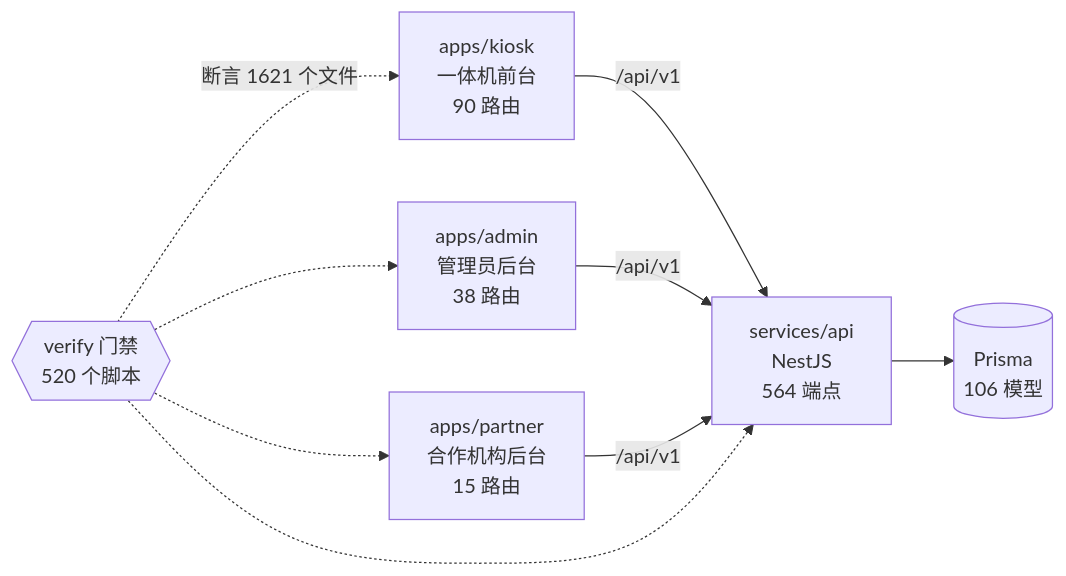
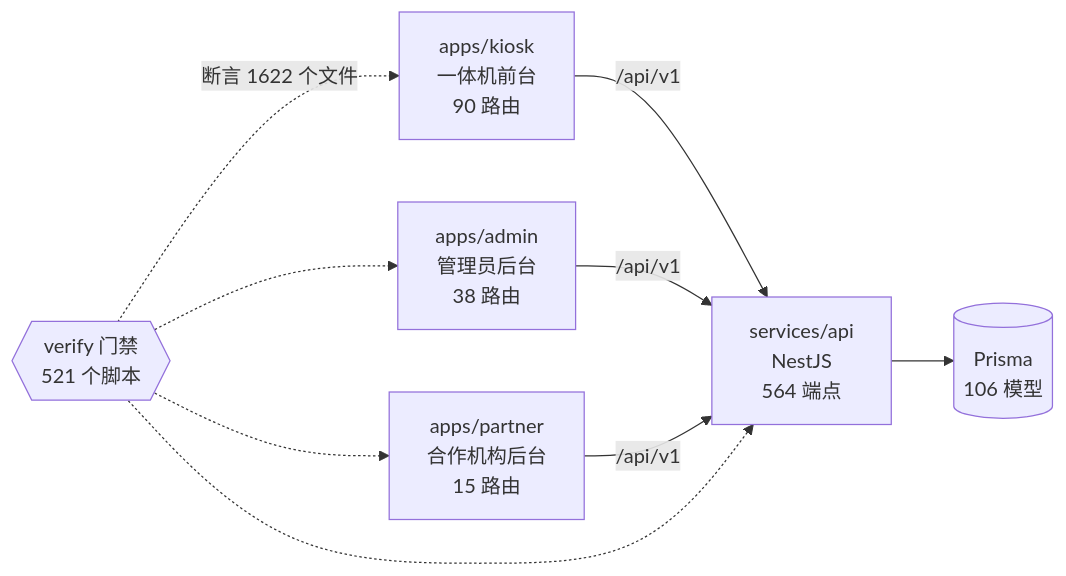
The diagram in docs/graph/README.md (wanglei581/YITIJI), drawn with Mermaid before and after one commit. The commit also changed other lines of this file and 3 other files, not shown here.

Commit message:
chore(graph): regenerate after console copy fixes

````diff
--- a/docs/graph/README.md
+++ b/docs/graph/README.md
@@ -68,18 +68,18 @@
 ```mermaid
 flowchart LR
   kiosk["apps/kiosk<br/>一体机前台<br/>90 路由"]
   admin["apps/admin<br/>管理员后台<br/>38 路由"]
   partner["apps/partner<br/>合作机构后台<br/>15 路由"]
   api["services/api<br/>NestJS<br/>564 端点"]
   db[("Prisma<br/>106 模型")]
-  gates{{"verify 门禁<br/>520 个脚本"}}
+  gates{{"verify 门禁<br/>521 个脚本"}}
 
   kiosk -->|"/api/v1"| api
   admin -->|"/api/v1"| api
   partner -->|"/api/v1"| api
   api --> db
-  gates -.->|"断言 1621 个文件"| kiosk
+  gates -.->|"断言 1622 个文件"| kiosk
   gates -.-> admin
   gates -.-> partner
   gates -.-> api
 ```
````
